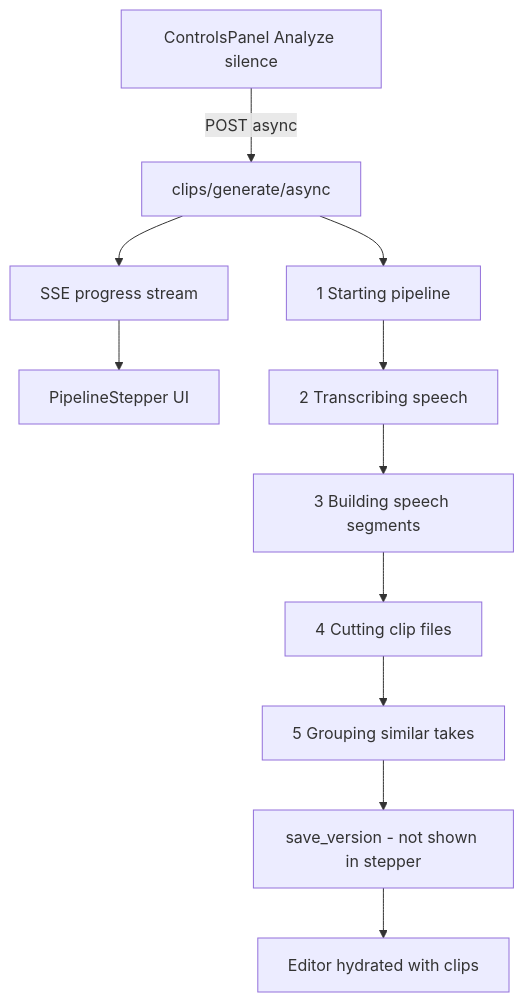
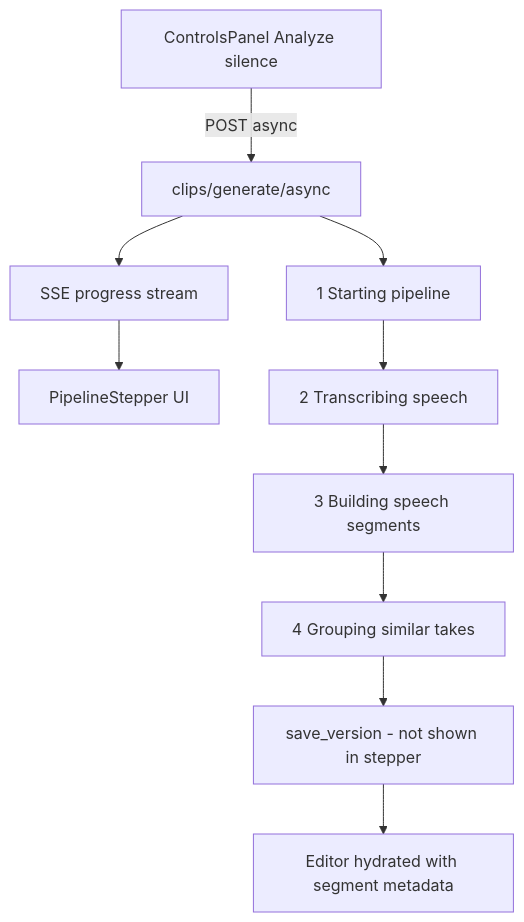
The diagram in docs/pipeline-stages.md (rushikc/krayon), drawn with Mermaid before and after one commit. The commit also changed other lines of this file and 17 other files, not shown here.

````diff
--- a/docs/pipeline-stages.md
+++ b/docs/pipeline-stages.md
@@ -24,13 +24,12 @@
 ```mermaid
 flowchart TD
   UI[ControlsPanel Analyze silence] -->|POST async| Job[clips/generate/async]
   Job --> SSE[SSE progress stream]
   SSE --> Stepper[PipelineStepper UI]
   Job --> Starting[1 Starting pipeline]
   Starting --> Transcribing[2 Transcribing speech]
   Transcribing --> Segmenting[3 Building speech segments]
-  Segmenting --> Cutting[4 Cutting clip files]
-  Cutting --> Grouping[5 Grouping similar takes]
+  Segmenting --> Grouping[4 Grouping similar takes]
   Grouping --> Save[save_version - not shown in stepper]
-  Save --> Done[Editor hydrated with clips]
+  Save --> Done[Editor hydrated with segment metadata]
 ```
````
